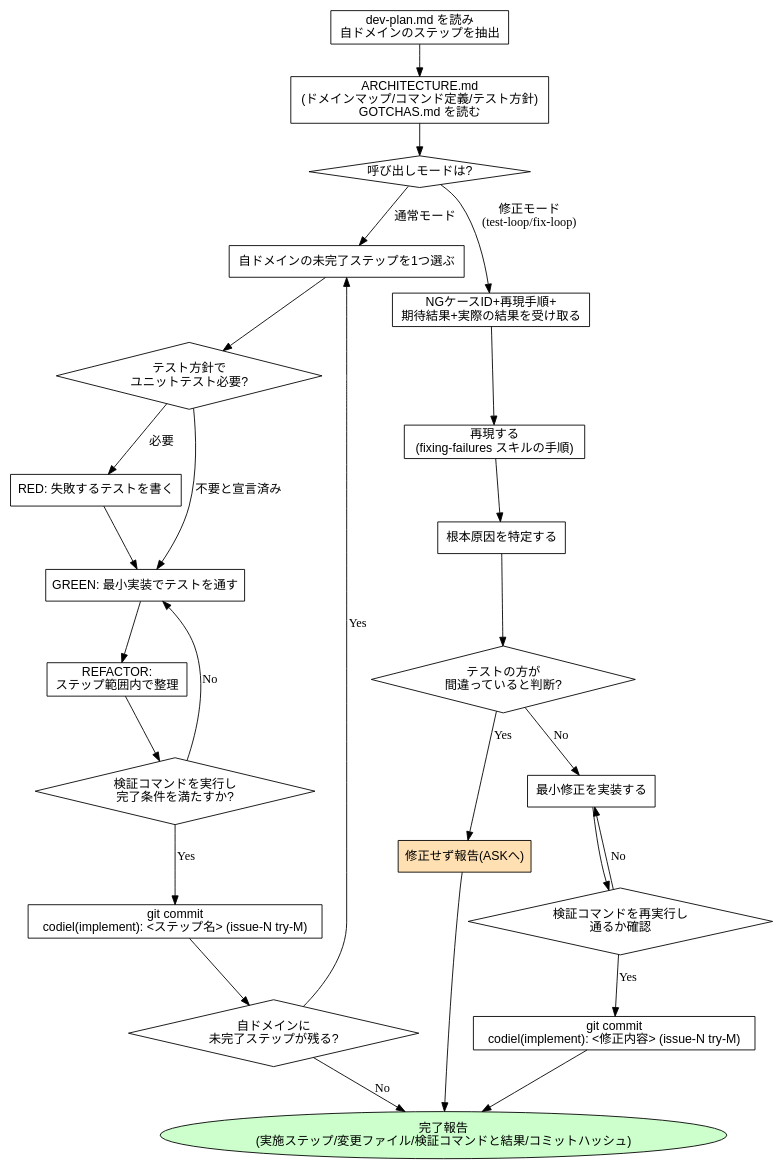
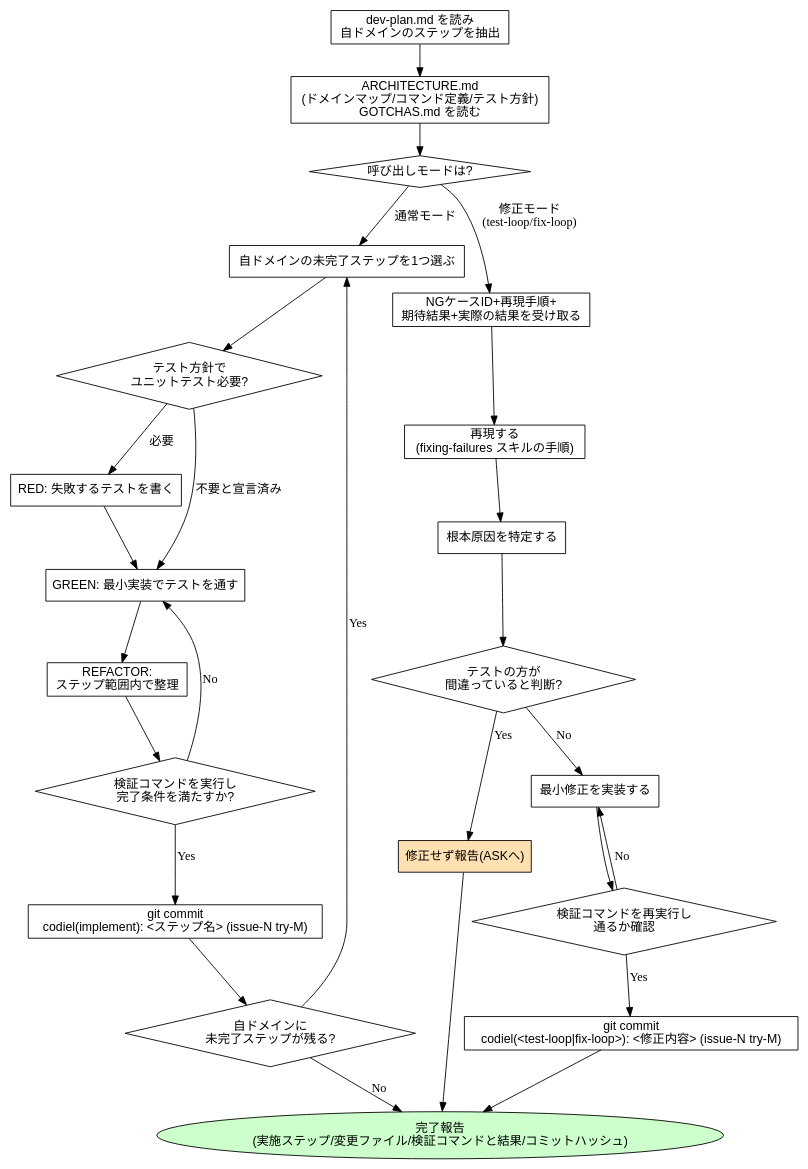
Before and after one commit to Amatsuka-kobo/amatsuka-claude-plugins: the diagram in plugins/codiel/skills/implementing/SKILL.md, drawn with Graphviz. The commit also changed other lines of this file and 4 other files, not shown here.

````diff
--- a/plugins/codiel/skills/implementing/SKILL.md
+++ b/plugins/codiel/skills/implementing/SKILL.md
@@ -106,53 +108,53 @@
 ```dot
 digraph implementing {
   rankdir=TB;
   node [fontname="sans-serif"];
 
   read_plan [label="dev-plan.md を読み\n自ドメインのステップを抽出", shape=box];
   read_arch [label="ARCHITECTURE.md\n(ドメインマップ/コマンド定義/テスト方針)\nGOTCHAS.md を読む", shape=box];
   mode [label="呼び出しモードは?", shape=diamond];
 
   next_step [label="自ドメインの未完了ステップを1つ選ぶ", shape=box];
   need_test [label="テスト方針で\nユニットテスト必要?", shape=diamond];
   red [label="RED: 失敗するテストを書く", shape=box];
   green [label="GREEN: 最小実装でテストを通す", shape=box];
   refactor [label="REFACTOR:\nステップ範囲内で整理", shape=box];
   verify [label="検証コマンドを実行し\n完了条件を満たすか?", shape=diamond];
   commit_step [label="git commit\ncodiel(implement): <ステップ名> (issue-N try-M)", shape=box];
   more_steps [label="自ドメインに\n未完了ステップが残る?", shape=diamond];
 
   receive [label="NGケースID+再現手順+\n期待結果+実際の結果を受け取る", shape=box];
   reproduce [label="再現する\n(fixing-failures スキルの手順)", shape=box];
   root_cause [label="根本原因を特定する", shape=box];
   spec_wrong [label="テストの方が\n間違っていると判断?", shape=diamond];
   escalate [label="修正せず報告(ASKへ)", shape=box, style=filled, fillcolor="#ffe0b3"];
   minimal_fix [label="最小修正を実装する", shape=box];
   verify_fix [label="検証コマンドを再実行し\n通るか確認", shape=diamond];
-  commit_fix [label="git commit\ncodiel(implement): <修正内容> (issue-N try-M)", shape=box];
+  commit_fix [label="git commit\ncodiel(<test-loop|fix-loop>): <修正内容> (issue-N try-M)", shape=box];
 
   report [label="完了報告\n(実施ステップ/変更ファイル/検証コマンドと結果/コミットハッシュ)", shape=ellipse, style=filled, fillcolor="#ccffcc"];
 
   read_plan -> read_arch -> mode;
   mode -> next_step [label="通常モード"];
   mode -> receive [label="修正モード\n(test-loop/fix-loop)"];
 
   next_step -> need_test;
   need_test -> red [label="必要"];
   need_test -> green [label="不要と宣言済み"];
   red -> green -> refactor -> verify;
   verify -> green [label="No"];
   verify -> commit_step [label="Yes"];
   commit_step -> more_steps;
   more_steps -> next_step [label="Yes"];
   more_steps -> report [label="No"];
 
   receive -> reproduce -> root_cause -> spec_wrong;
   spec_wrong -> escalate [label="Yes"];
   spec_wrong -> minimal_fix [label="No"];
   minimal_fix -> verify_fix;
   verify_fix -> minimal_fix [label="No"];
   verify_fix -> commit_fix [label="Yes"];
   commit_fix -> report;
   escalate -> report;
 }
 ```
````
